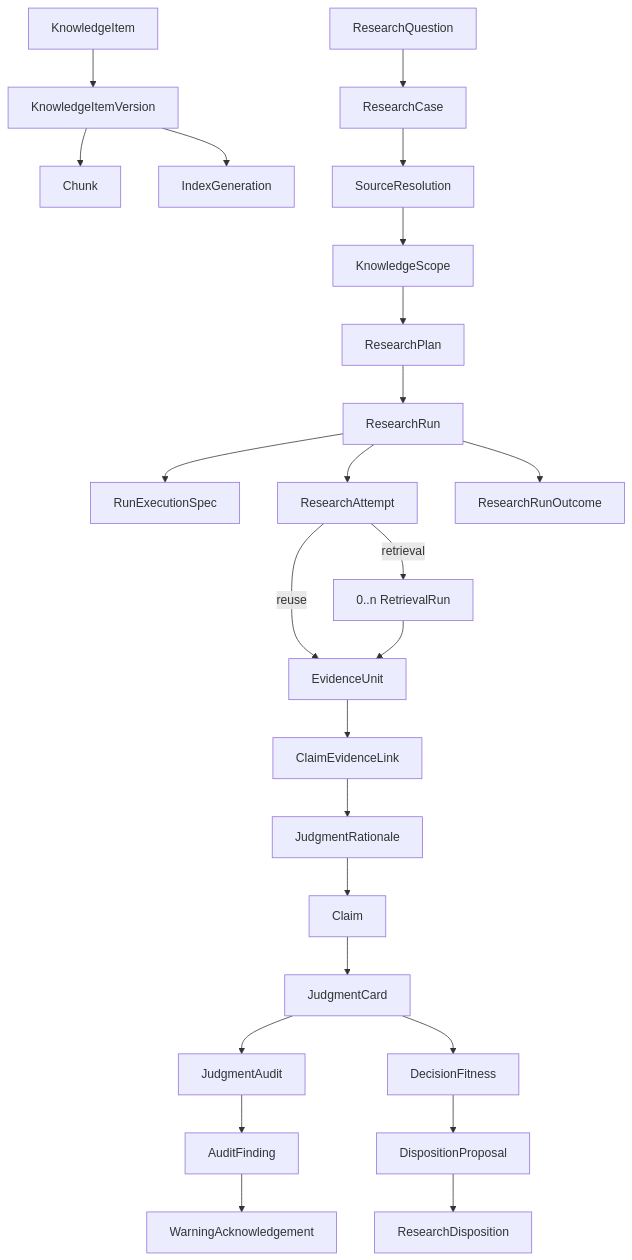
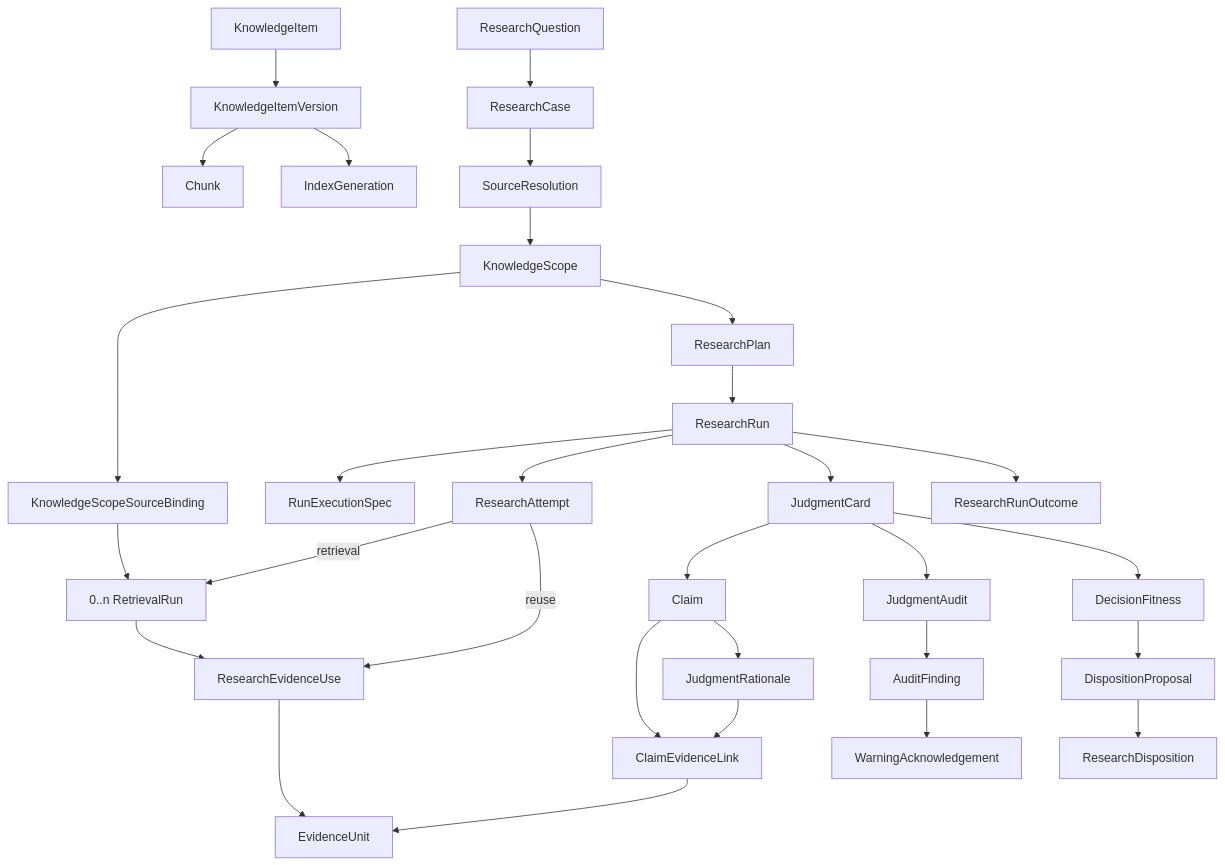
One commit to baijianqing/yantie-history changed the first of 4 diagrams in docs/DOMAIN_MODEL.md. Above: the diagram before and after it, drawn with Mermaid. The commit also changed other lines of this file, not shown here.

````diff
--- a/docs/DOMAIN_MODEL.md
+++ b/docs/DOMAIN_MODEL.md
@@ -661,28 +723,33 @@
 ```mermaid
 flowchart TB
     KI[KnowledgeItem] --> KIV[KnowledgeItemVersion]
     KIV --> CH[Chunk]
     KIV --> IG[IndexGeneration]
 
     RQ[ResearchQuestion] --> RC[ResearchCase]
     RC --> SR[SourceResolution]
     SR --> KS[KnowledgeScope]
+    KS --> KSB[KnowledgeScopeSourceBinding]
     KS --> RP[ResearchPlan]
     RP --> RUN[ResearchRun]
     RUN --> SPEC[RunExecutionSpec]
     RUN --> ATT[ResearchAttempt]
     ATT -->|retrieval| RET[0..n RetrievalRun]
-    ATT -->|reuse| EU[EvidenceUnit]
-    RET --> EU
-    EU --> CEL[ClaimEvidenceLink]
-    CEL --> RAT[JudgmentRationale]
-    RAT --> CL[Claim]
-    CL --> JC[JudgmentCard]
+    KSB --> RET
+    ATT -->|reuse| REU[ResearchEvidenceUse]
+    RET --> REU
+    REU --> EU[EvidenceUnit]
+    RUN --> JC[JudgmentCard]
+    JC --> CL[Claim]
+    CL --> CEL[ClaimEvidenceLink]
+    CEL --> EU
+    CL --> RAT[JudgmentRationale]
+    RAT --> CEL
     JC --> JA[JudgmentAudit]
     JA --> AF[AuditFinding]
     AF --> WA[WarningAcknowledgement]
     JC --> DF[DecisionFitness]
     DF --> DP[DispositionProposal]
     DP --> RD[ResearchDisposition]
     RUN --> OUT[ResearchRunOutcome]
 ```
````
